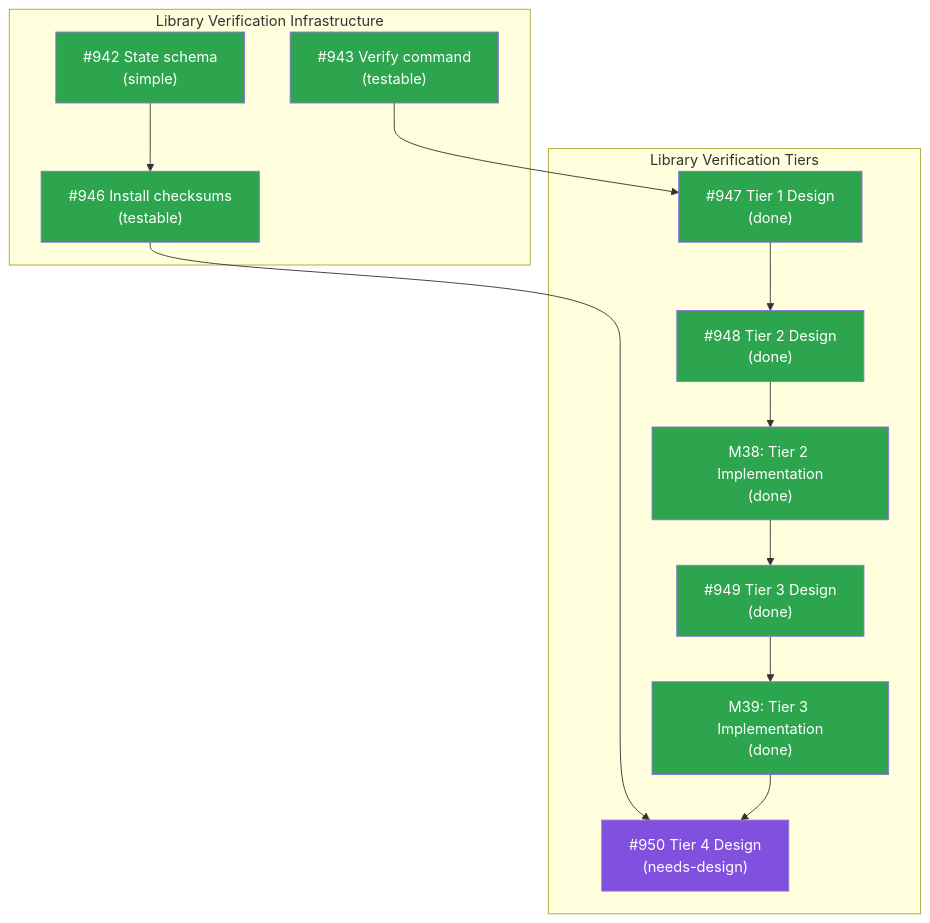
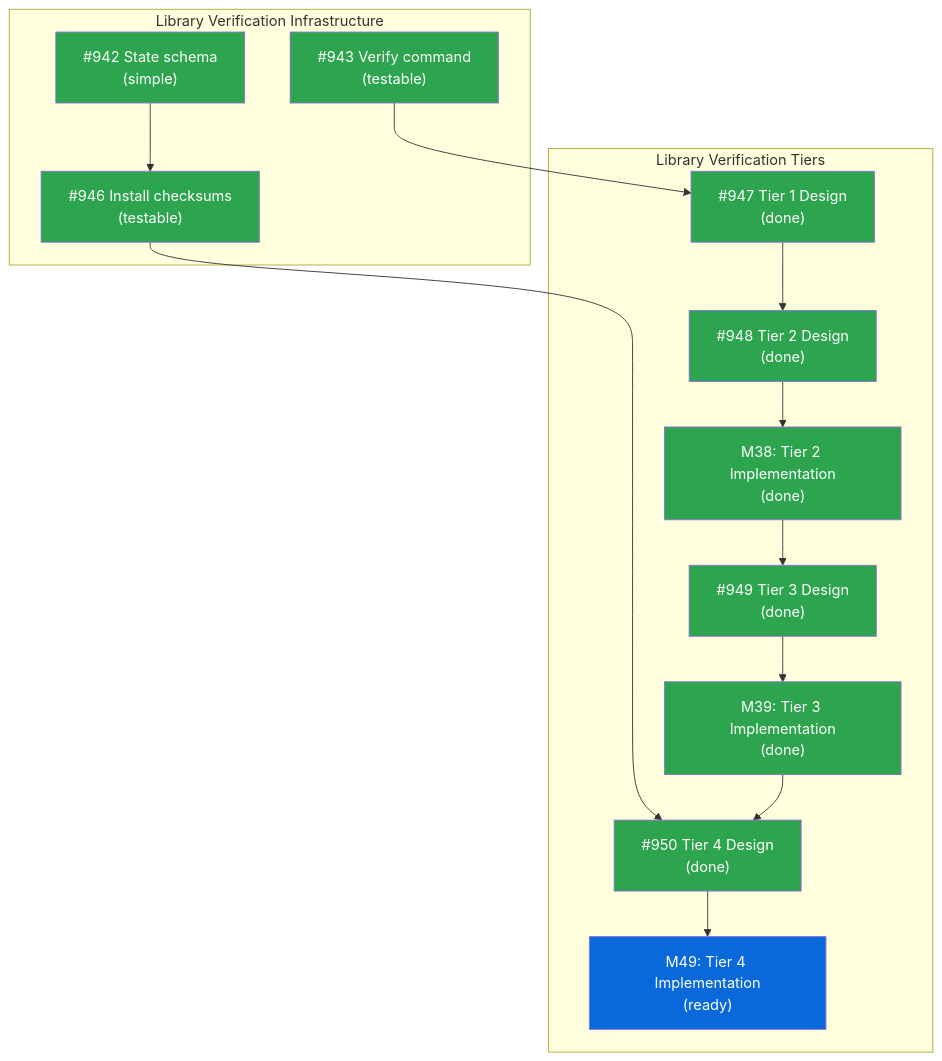
One commit to tsukumogami/tsuku changed the diagram in docs/designs/DESIGN-library-verification.md. Above: the diagram before and after it, drawn with Mermaid. The commit also changed other lines of this file and 1 other file, not shown here.

Commit message:
docs(design): add Tier 4 integrity verification design (#1164)
Add DESIGN-library-verify-integrity.md proposing Tier 4 integrity
verification
for the library verification system. This is the final tier, enabling
optional
SHA256 checksum comparison against values stored at installation time.

Tier 4 answers "has this library been modified since installation?"
while
Tiers 1-3 answer "is this library valid and loadable?" Verification is
opt-in
via the `--integrity` flag to keep default verification fast.

````diff
--- a/docs/designs/DESIGN-library-verification.md
+++ b/docs/designs/DESIGN-library-verification.md
@@ -28,31 +29,33 @@
 ```mermaid
 graph TD
     subgraph Infrastructure["Library Verification Infrastructure"]
         I942["#942 State schema<br/>(simple)"]:::done
         I943["#943 Verify command<br/>(testable)"]:::done
         I946["#946 Install checksums<br/>(testable)"]:::done
     end
 
     subgraph Tiers["Library Verification Tiers"]
         I947["#947 Tier 1 Design<br/>(done)"]:::done
         I948["#948 Tier 2 Design<br/>(done)"]:::done
         M38["M38: Tier 2 Implementation<br/>(done)"]:::done
         I949["#949 Tier 3 Design<br/>(done)"]:::done
         M39["M39: Tier 3 Implementation<br/>(done)"]:::done
-        I950["#950 Tier 4 Design<br/>(needs-design)"]:::needsdesign
+        I950["#950 Tier 4 Design<br/>(done)"]:::done
+        M49["M49: Tier 4 Implementation<br/>(ready)"]:::ready
     end
 
     I942 --> I946
     I943 --> I947
     I947 --> I948
     I948 --> M38
     M38 --> I949
     I949 --> M39
     I946 --> I950
     M39 --> I950
+    I950 --> M49
 
     classDef done fill:#2da44e,color:white
     classDef ready fill:#0969da,color:white
     classDef blocked fill:#d4a72c,color:white
     classDef needsdesign fill:#8250df,color:white
 ```
````
